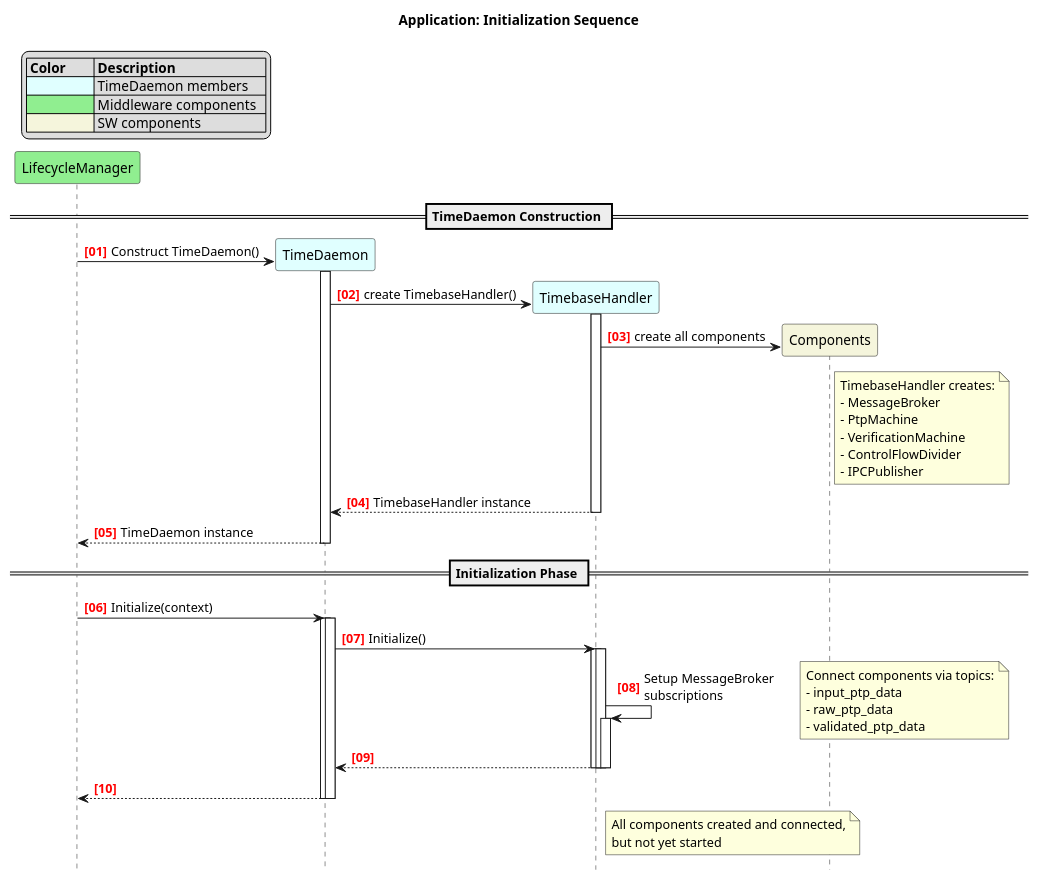
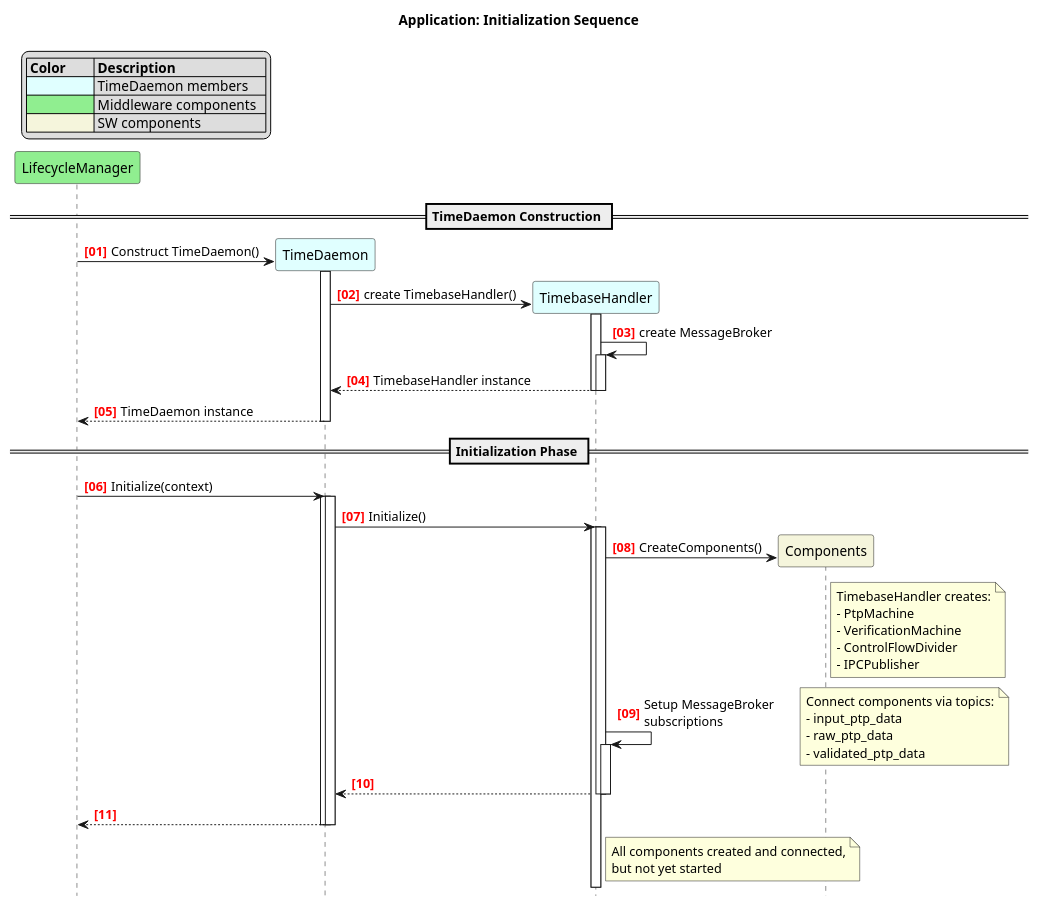
The diagram in score/time_daemon/docs/detailed_design/_assets/app/app_init_seq.puml (eclipse-score/time), drawn with PlantUML before and after one commit. The commit also changed 26 other files, not shown here.

First line of the commit message:
Add a generic timebase handler to TimeDaemon

```diff
--- a/score/time_daemon/docs/detailed_design/_assets/app/app_init_seq.puml
+++ b/score/time_daemon/docs/detailed_design/_assets/app/app_init_seq.puml
@@ -14,71 +14,72 @@
 @startuml app_init_seq_diagram
 
 title Application: Initialization Sequence
 
 hide footbox
 autoactivate on
 
 autonumber "<font color=red><b>[00]"
 
 legend top left
     |= Color        |= Description           |
     |<#LightCyan>   | TimeDaemon members     |
     |<#LightGreen>  | Middleware components  |
     |<#Beige>       | SW components          |
 endlegend
 
 participant "LifecycleManager" as lcm #LightGreen
 participant "TimeDaemon" as vtd_app #LightCyan
 participant "TimebaseHandler" as tb_handler #LightCyan
 participant "Components" as components #Beige
 
 == TimeDaemon Construction ==
 
 lcm -> vtd_app ** : Construct TimeDaemon()
 activate vtd_app
 vtd_app -> tb_handler ** : create TimebaseHandler()
 activate tb_handler
 
-tb_handler -> components ** : create all components
-note right of components
-    TimebaseHandler creates:
-    - MessageBroker
-    - PtpMachine
-    - VerificationMachine
-    - ControlFlowDivider
-    - IPCPublisher
-end note
+tb_handler -> tb_handler : create MessageBroker
 
 tb_handler --> vtd_app : TimebaseHandler instance
 deactivate tb_handler
 vtd_app --> lcm : TimeDaemon instance
 deactivate vtd_app
 
 == Initialization Phase ==
 
 lcm -> vtd_app : Initialize(context)
 activate vtd_app
 
 vtd_app -> tb_handler : Initialize()
 activate tb_handler
+
+tb_handler -> components ** : CreateComponents()
+note right of components
+    TimebaseHandler creates:
+    - PtpMachine
+    - VerificationMachine
+    - ControlFlowDivider
+    - IPCPublisher
+end note
 
 tb_handler -> tb_handler : Setup MessageBroker\nsubscriptions
 note right
     Connect components via topics:
     - input_ptp_data
     - raw_ptp_data
     - validated_ptp_data
 end note
 
 tb_handler --> vtd_app
 deactivate tb_handler
 
 vtd_app --> lcm
 deactivate vtd_app
 
 note right of tb_handler
     All components created and connected,
     but not yet started
 end note
 
 @enduml
```
